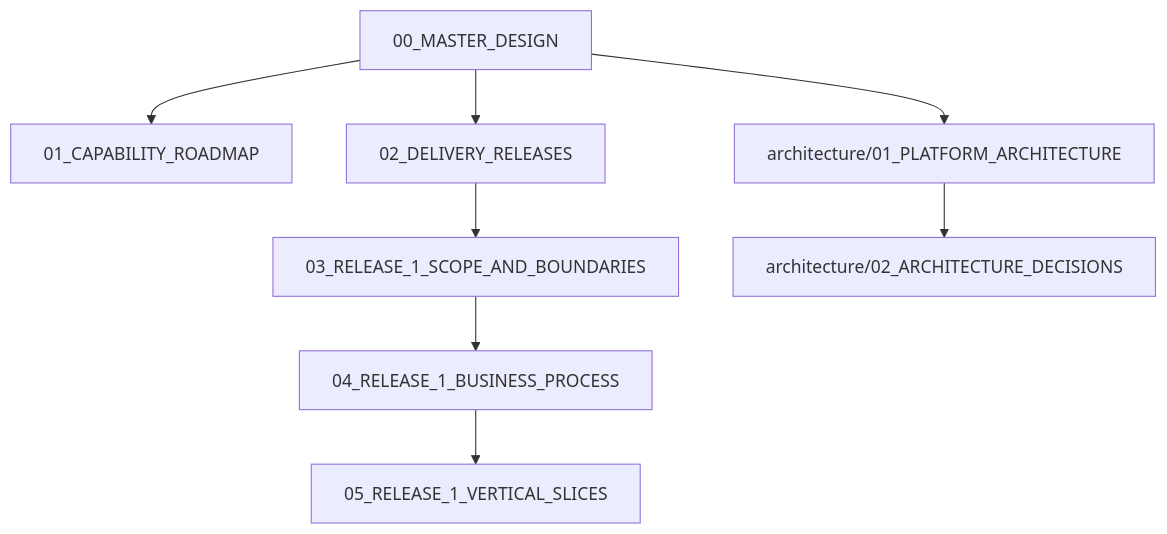
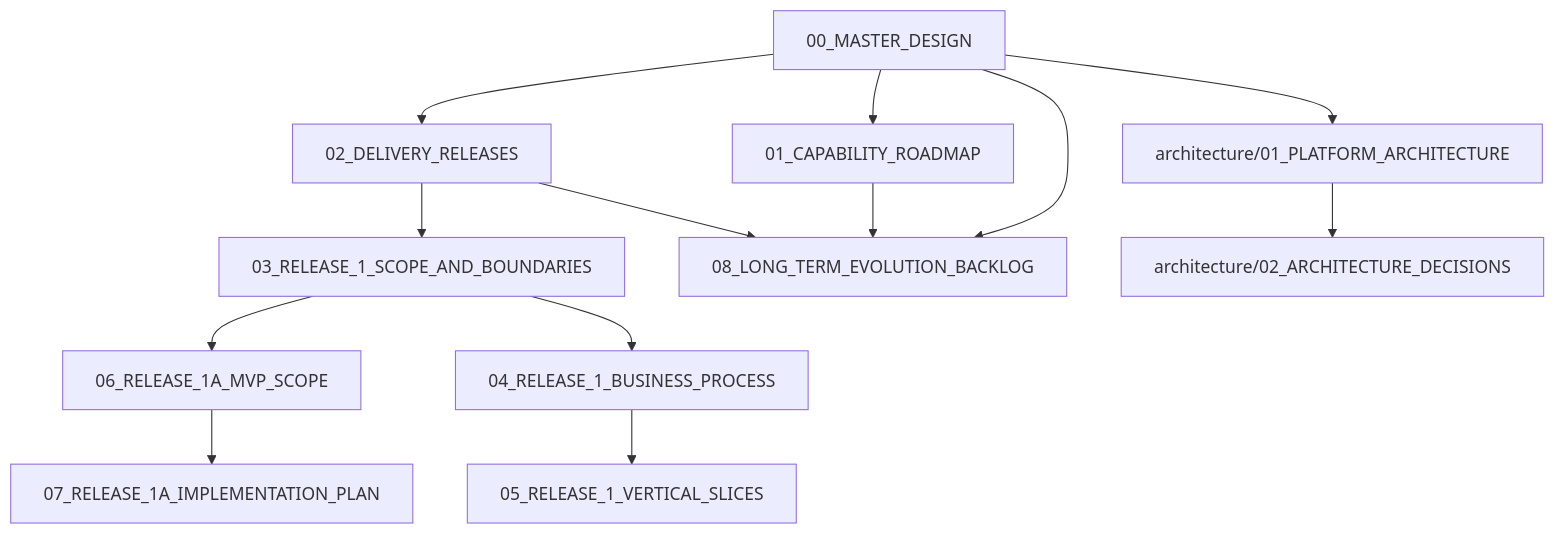
Before and after one commit to SONG-36/TK_Video_Intelligence_Workbench: the seventh of 7 diagrams in 00_MASTER_DESIGN.md, drawn with Mermaid. The commit also changed other lines of this file and 15 other files, not shown here.

Commit message:
docs: converge Release 1A MVP and evolution backlog

````diff
--- a/00_MASTER_DESIGN.md
+++ b/00_MASTER_DESIGN.md
@@ -370,19 +389,27 @@
 ```mermaid
 flowchart TB
     M[00_MASTER_DESIGN]
     C[01_CAPABILITY_ROADMAP]
     D[02_DELIVERY_RELEASES]
     R[03_RELEASE_1_SCOPE_AND_BOUNDARIES]
+    S[06_RELEASE_1A_MVP_SCOPE]
+    I[07_RELEASE_1A_IMPLEMENTATION_PLAN]
+    E[08_LONG_TERM_EVOLUTION_BACKLOG]
     P[architecture/01_PLATFORM_ARCHITECTURE]
     A[architecture/02_ARCHITECTURE_DECISIONS]
     BP[04_RELEASE_1_BUSINESS_PROCESS]
     VS[05_RELEASE_1_VERTICAL_SLICES]
 
     M --> C
     M --> D
     D --> R
+    R --> S
+    S --> I
+    M --> E
+    C --> E
+    D --> E
     M --> P
     P --> A
     R --> BP
     BP --> VS
 ```
````
